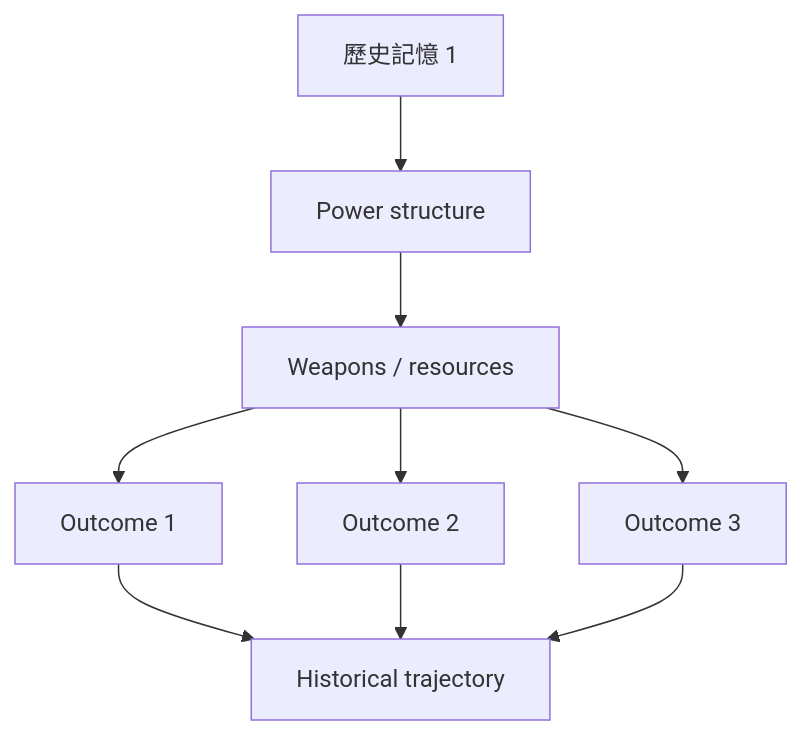
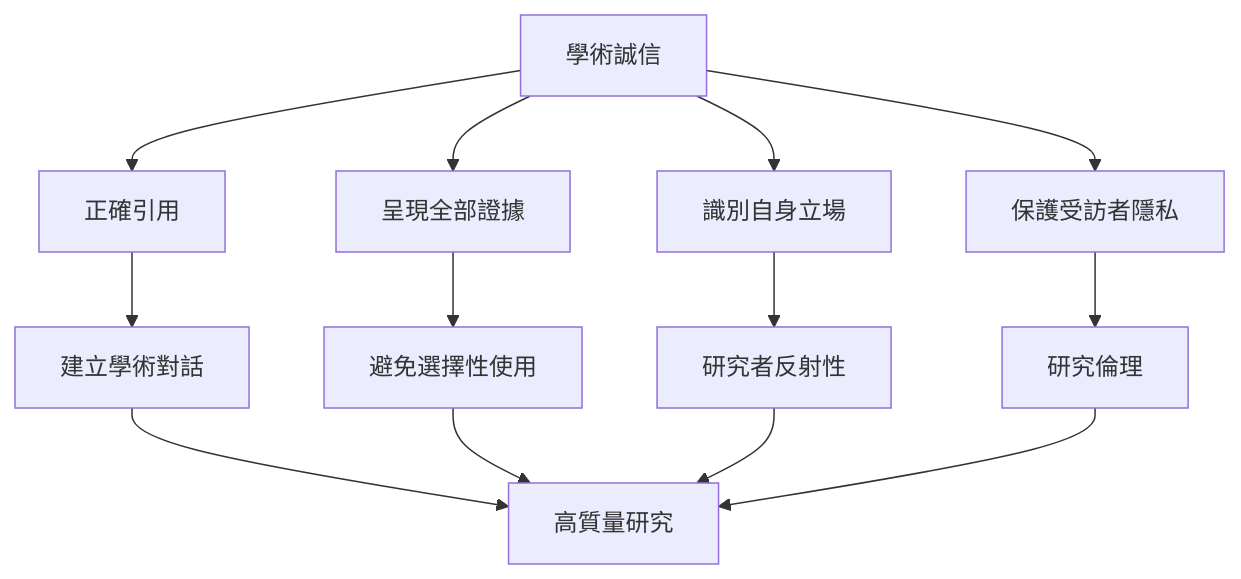
The fifth of 10 diagrams in 01_HKU_Courses/HIST4023_History_Research_Project.md (yip-lgtm/HKU-Harvard-History-Self-Study), drawn with Mermaid before and after one commit. The commit also changed other lines of this file and 65 other files, not shown here.

````diff
--- a/01_HKU_Courses/HIST4023_History_Research_Project.md
+++ b/01_HKU_Courses/HIST4023_History_Research_Project.md
@@ -263,11 +278,15 @@
 ```mermaid
-graph TD
-    A[歷史記憶 1] --> B[Power structure]
-    B --> C[Weapons / resources]
-    C --> D[Outcome 1]
-    C --> E[Outcome 2]
-    C --> F[Outcome 3]
-    D --> G[Historical trajectory]
-    E --> G
-    F --> G
+flowchart TD
+    A[學術誠信] --> B[正確引用]
+    A --> C[呈現全部證據]
+    A --> D[識別自身立場]
+    A --> E[保護受訪者隱私]
+    B --> F[建立學術對話]
+    C --> G[避免選擇性使用]
+    D --> H[研究者反射性]
+    E --> I[研究倫理]
+    F --> J[高質量研究]
+    G --> J
+    H --> J
+    I --> J
 ```
````
